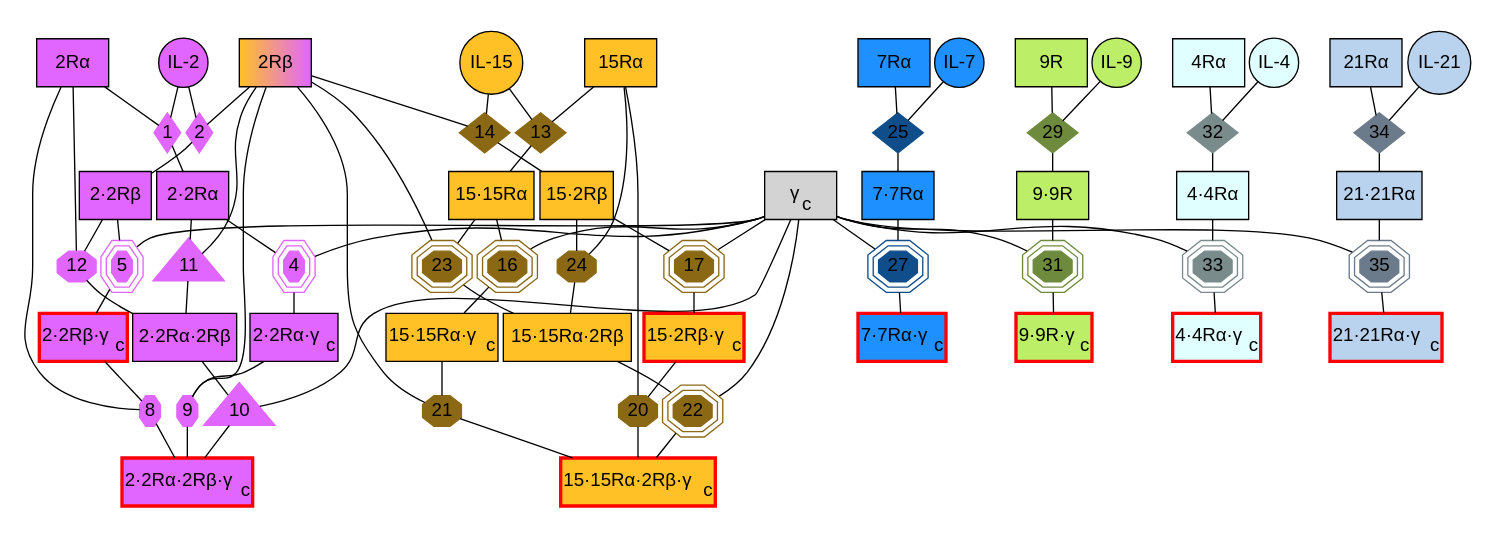
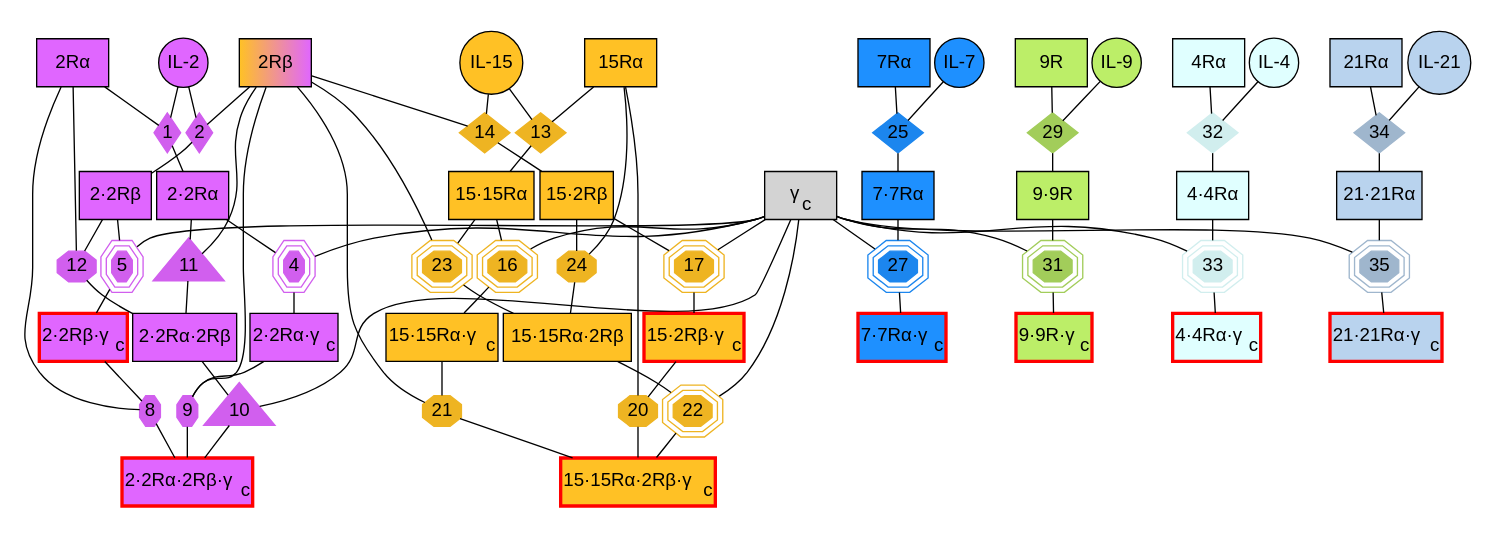
One commit to meyer-lab/gc-valent changed the diagram in ckine/data/graph_all.gv. Above: the diagram before and after it, drawn with Graphviz.

Commit message:
make rates lighter colors

```diff
--- a/ckine/data/graph_all.gv
+++ b/ckine/data/graph_all.gv
@@ -54,7 +54,7 @@
     }
 
     subgraph cluster_IL2 {
-    	node [style=filled,color=mediumorchid1, margin=0];
+    	node [style=filled,color=mediumorchid2, margin=0];
         penwidth=0;
 
         "1" [shape=diamond,style=filled,height=.1,width=.1, fontname = "helvetica"];
@@ -104,7 +104,7 @@
     }
 
     subgraph cluster_IL15 {
-    	node [style=filled,color=goldenrod4, margin=0];
+    	node [style=filled,color=goldenrod2, margin=0];
         edge [dir=none, weight=1];
         penwidth=0;
 
@@ -155,7 +155,7 @@
         }
 
     subgraph cluster_IL7 {
-    	node [style=filled,color=dodgerblue4, margin=0];
+    	node [style=filled,color=dodgerblue2, margin=0];
         edge [dir=none, weight=1];
         penwidth=0;
         
@@ -171,7 +171,7 @@
     }
 
     subgraph cluster_IL9 {
-    	node [style=filled,color=darkolivegreen4, margin=0];
+    	node [style=filled,color=darkolivegreen3, margin=0];
         edge [dir=none, weight=1];
         penwidth=0;
         
@@ -187,7 +187,7 @@
     }
 
     subgraph cluster_IL4 {
-    	node [style=filled, color=lightcyan4, margin=0];
+    	node [style=filled, color=lightcyan2, margin=0];
         edge [dir=none, weight=1];
         penwidth=0;
         
@@ -202,7 +202,7 @@
         "33" -> "4·4Rα·gc";
     }
     subgraph cluster_IL21 {
-    	node [style=filled, color=slategray4, margin=0];
+    	node [style=filled, color=slategray3, margin=0];
         edge [dir=none, weight=1];
         penwidth=0;
         
```
